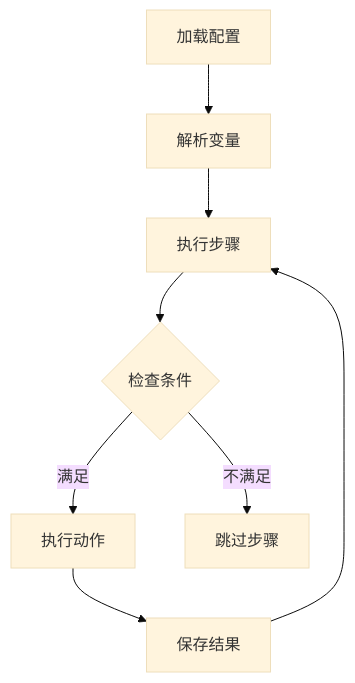
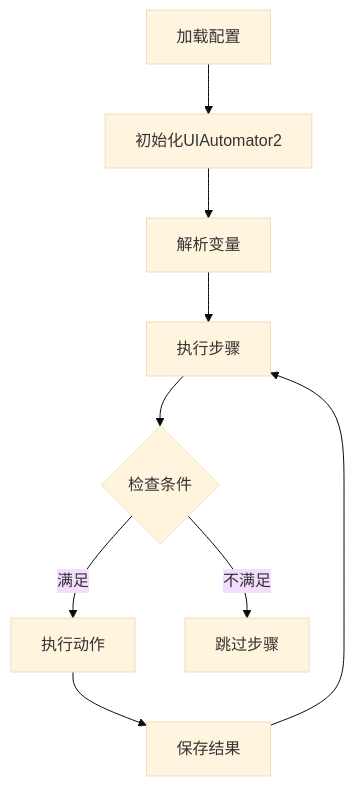
The first of 3 diagrams in docs/design/architecture.md (DamonLong3912/RPABot), drawn with Mermaid (base theme) before and after one commit. The commit also changed other lines of this file and 10 other files, not shown here.

````diff
--- a/docs/design/architecture.md
+++ b/docs/design/architecture.md
@@ -51,10 +56,11 @@
 ```mermaid
 graph TD
-    A[加载配置] --> B[解析变量]
-    B --> C[执行步骤]
-    C --> D{检查条件}
-    D -->|满足| E[执行动作]
-    D -->|不满足| F[跳过步骤]
-    E --> G[保存结果]
-    G --> C
+    A[加载配置] --> B[初始化UIAutomator2]
+    B --> C[解析变量]
+    C --> D[执行步骤]
+    D --> E{检查条件}
+    E -->|满足| F[执行动作]
+    E -->|不满足| G[跳过步骤]
+    F --> H[保存结果]
+    H --> D
 ```
````
